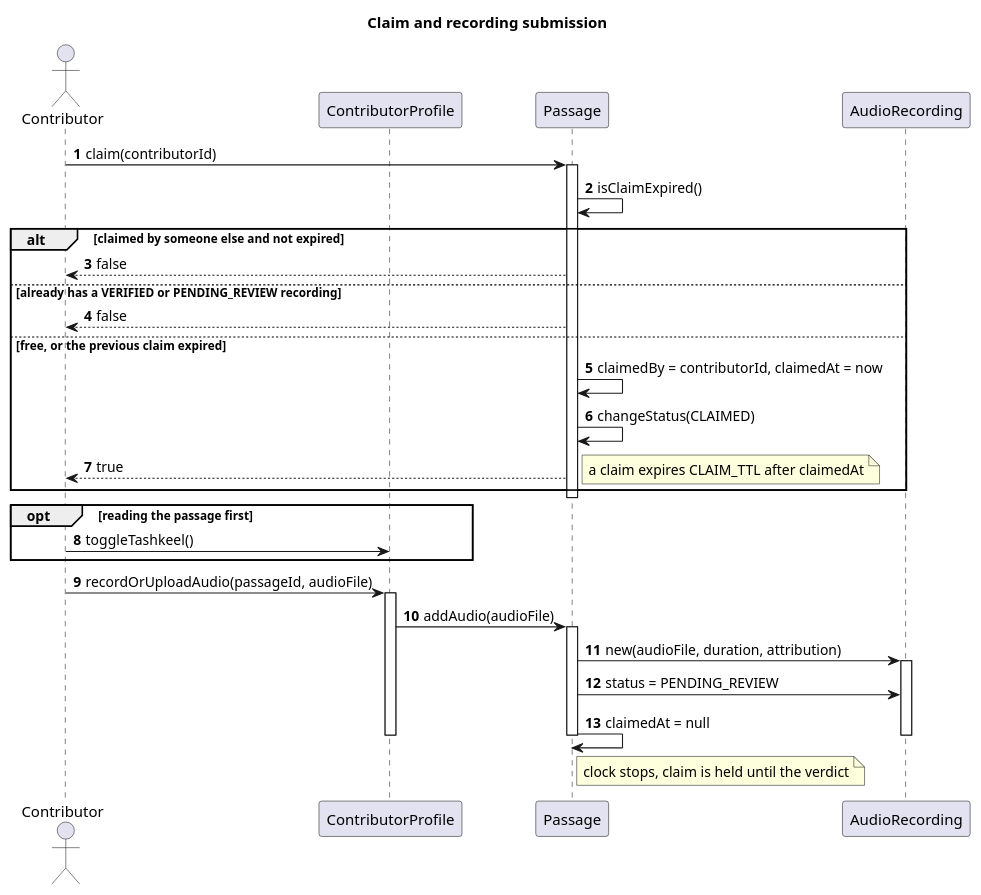
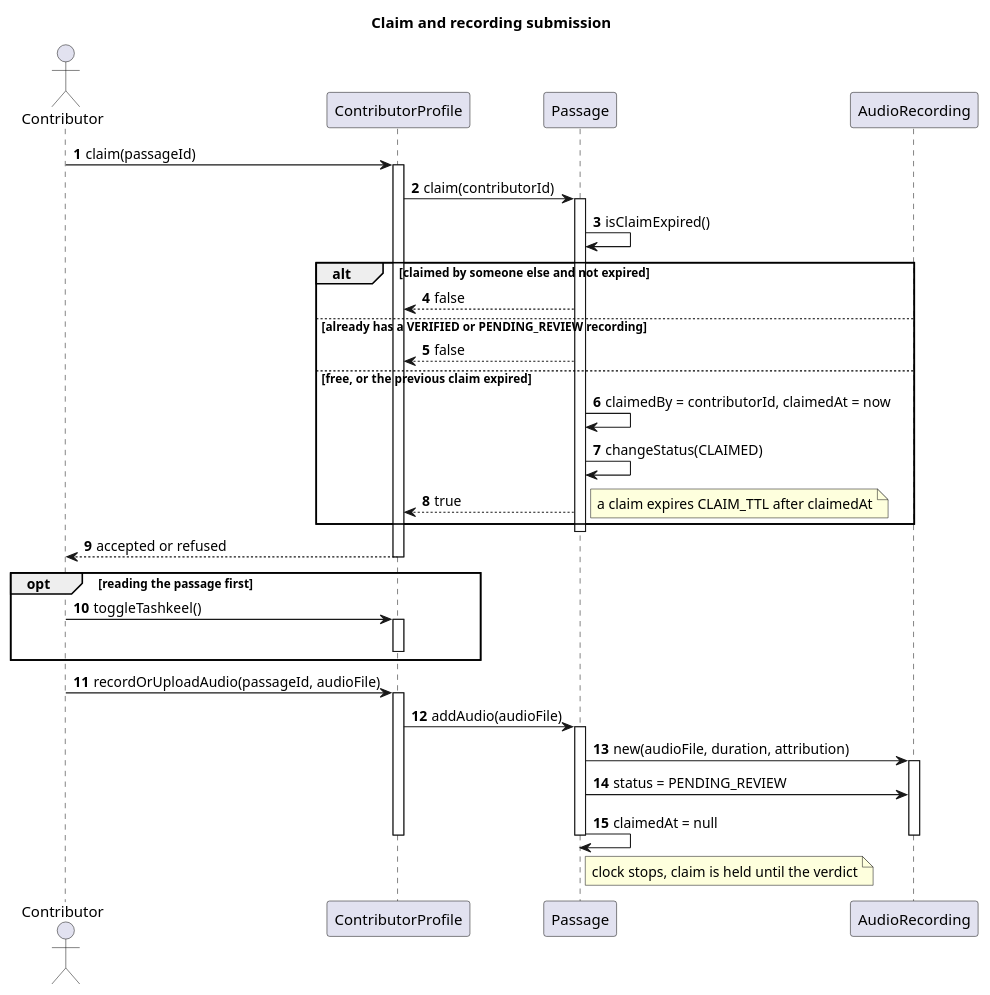
Before and after one commit to iAbdulrrahman/asghi-diagrams: the diagram in h_seq1_claim_cycle.puml, drawn with PlantUML. The commit also changed 7 other files, not shown here.

```diff
--- a/h_seq1_claim_cycle.puml
+++ b/h_seq1_claim_cycle.puml
@@ -1,44 +1,50 @@
 @startuml
 title Claim and recording submission
 autonumber
 
 actor Contributor as CON
 participant "ContributorProfile" as CP
 participant "Passage" as P
 participant "AudioRecording" as AR
 
-CON -> P : claim(contributorId)
+CON -> CP : claim(passageId)
+activate CP
+CP -> P : claim(contributorId)
 activate P
 P -> P : isClaimExpired()
 
 alt claimed by someone else and not expired
-    P --> CON : false
+    P --> CP : false
 else already has a VERIFIED or PENDING_REVIEW recording
-    P --> CON : false
+    P --> CP : false
 else free, or the previous claim expired
     P -> P : claimedBy = contributorId, claimedAt = now
     P -> P : changeStatus(CLAIMED)
-    P --> CON : true
+    P --> CP : true
     note right : a claim expires CLAIM_TTL after claimedAt
 end
 deactivate P
+CP --> CON : accepted or refused
+deactivate CP
 
 opt reading the passage first
     CON -> CP : toggleTashkeel()
+    activate CP
+    deactivate CP
 end
 
 CON -> CP : recordOrUploadAudio(passageId, audioFile)
 activate CP
 CP -> P : addAudio(audioFile)
 activate P
 P -> AR : new(audioFile, duration, attribution)
 activate AR
 P -> AR : status = PENDING_REVIEW
 P -> P : claimedAt = null
 deactivate P
 deactivate AR
 deactivate CP
 
 note right of P : clock stops, claim is held until the verdict
 
 @enduml
```
